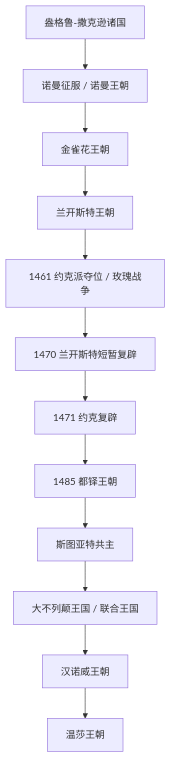
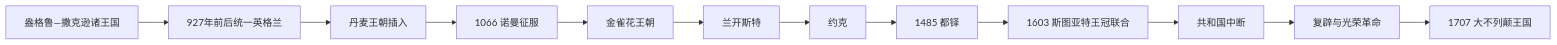
The diagram in 人文科学/历史/欧洲/不列颠群岛/英格兰/README.md (tianlan-dev/learning-notes), drawn with Mermaid before and after one commit. The commit also changed other lines of this file and 1417 other files, not shown here.

````diff
--- a/人文科学/历史/欧洲/不列颠群岛/英格兰/README.md
+++ b/人文科学/历史/欧洲/不列颠群岛/英格兰/README.md
@@ -16,14 +15,14 @@
 ```mermaid
-flowchart TD
-    AS["盎格鲁-撒克逊诸国"] --> Norman["诺曼征服 / 诺曼王朝"]
+flowchart LR
+    Kingdoms["盎格鲁—撒克逊诸王国"] --> England["927年前后统一英格兰"]
+    England --> Danish["丹麦王朝插入"]
+    Danish --> Norman["1066 诺曼征服"]
     Norman --> Plantagenet["金雀花王朝"]
-    Plantagenet --> Lancaster["兰开斯特王朝"]
-    Lancaster --> York["1461 约克派夺位 / 玫瑰战争"]
-    York --> LancasterRestored["1470 兰开斯特短暂复辟"]
-    LancasterRestored --> YorkRestored["1471 约克复辟"]
-    YorkRestored --> Tudor["1485 都铎王朝"]
-    Tudor --> Stuart["斯图亚特共主"]
-    Stuart --> GB["大不列颠王国 / 联合王国"]
-    GB --> Hanover["汉诺威王朝"]
-    Hanover --> Windsor["温莎王朝"]
+    Plantagenet --> Lancaster["兰开斯特"]
+    Lancaster --> York["约克"]
+    York --> Tudor["1485 都铎"]
+    Tudor --> Stuart["1603 斯图亚特王冠联合"]
+    Stuart --> Commonwealth["共和国中断"]
+    Commonwealth --> Restoration["复辟与光荣革命"]
+    Restoration --> GB["1707 大不列颠王国"]
 ```
````
